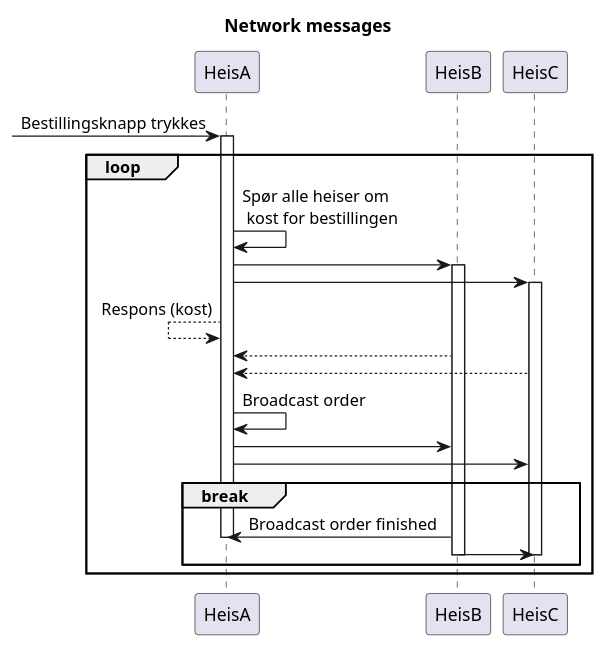
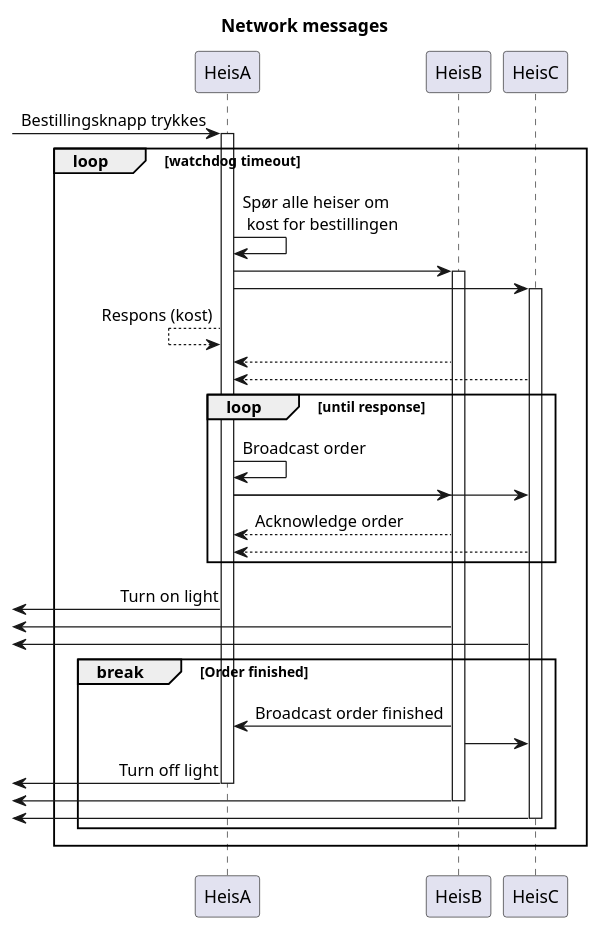
The diagram in uml-mm/network_sequence.iuml (bjornksa/TTK4145), drawn with PlantUML before and after one commit.

Commit message:
Finish up sequence ummmmml

```diff
--- a/uml-mm/network_sequence.iuml
+++ b/uml-mm/network_sequence.iuml
@@ -1,42 +1,57 @@
 @startuml Network sequence
+!pragma teoz true
 
 title Network messages
 
 participant HeisA as A
 participant HeisB as B
 participant HeisC as C
 
 
 
 
 
  -> A: Bestillingsknapp trykkes
  activate A
 
-loop
+loop watchdog timeout
 
     A -> A: Spør alle heiser om\n kost for bestillingen
     A -> B
     activate B
     A -> C
     activate C
 
     A <-- A: Respons (kost)
     A <-- B
     A <-- C
 
+
+    loop until response
     A -> A: Broadcast order
     A -> B
-    A -> C
-    break
+    & A -> C
+
+    A <-- B: Acknowledge order
+    A <-- C
+    end
+
+    <- A: Turn on light
+    <- B
+    <- C
+
+    break Order finished
         B -> A: Broadcast order finished
-        deactivate A
         B -> C
+    <- A: Turn off light
+    deactivate A
+    <- B
+        deactivate B
+    <- C
         deactivate C
-        deactivate B
 
 end
 end
 
 
 @enduml
```
